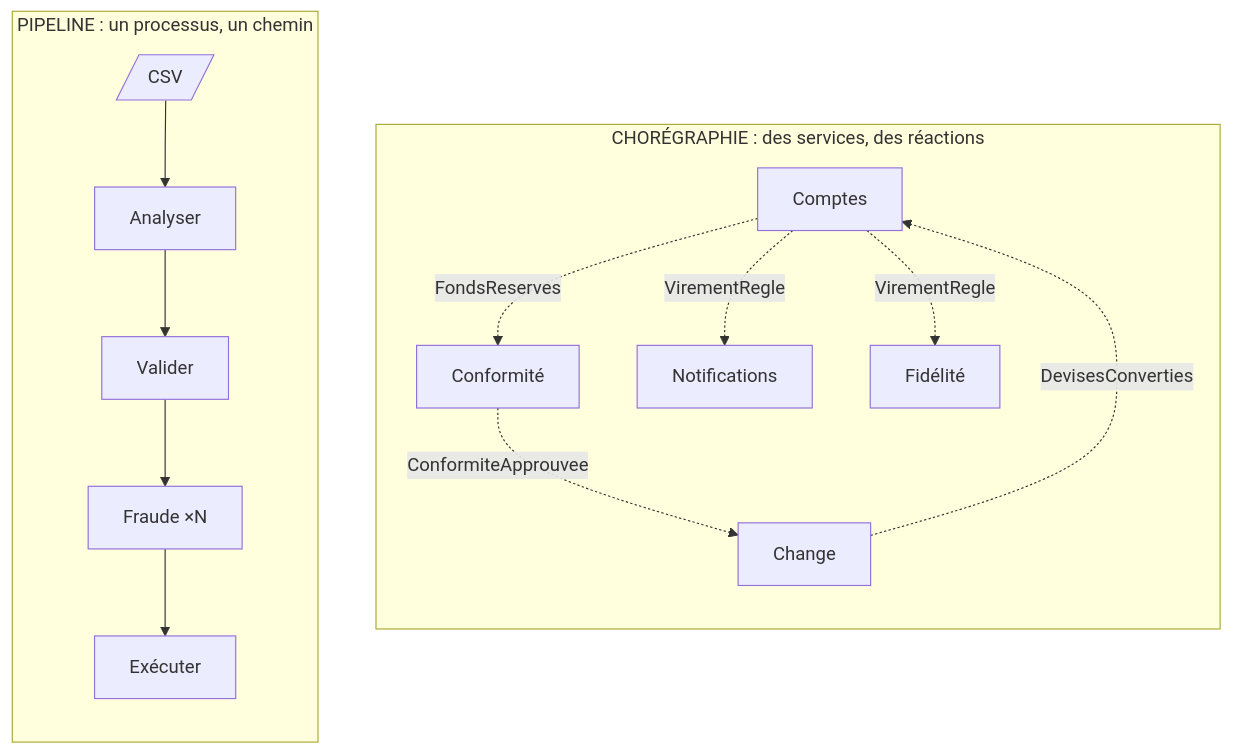
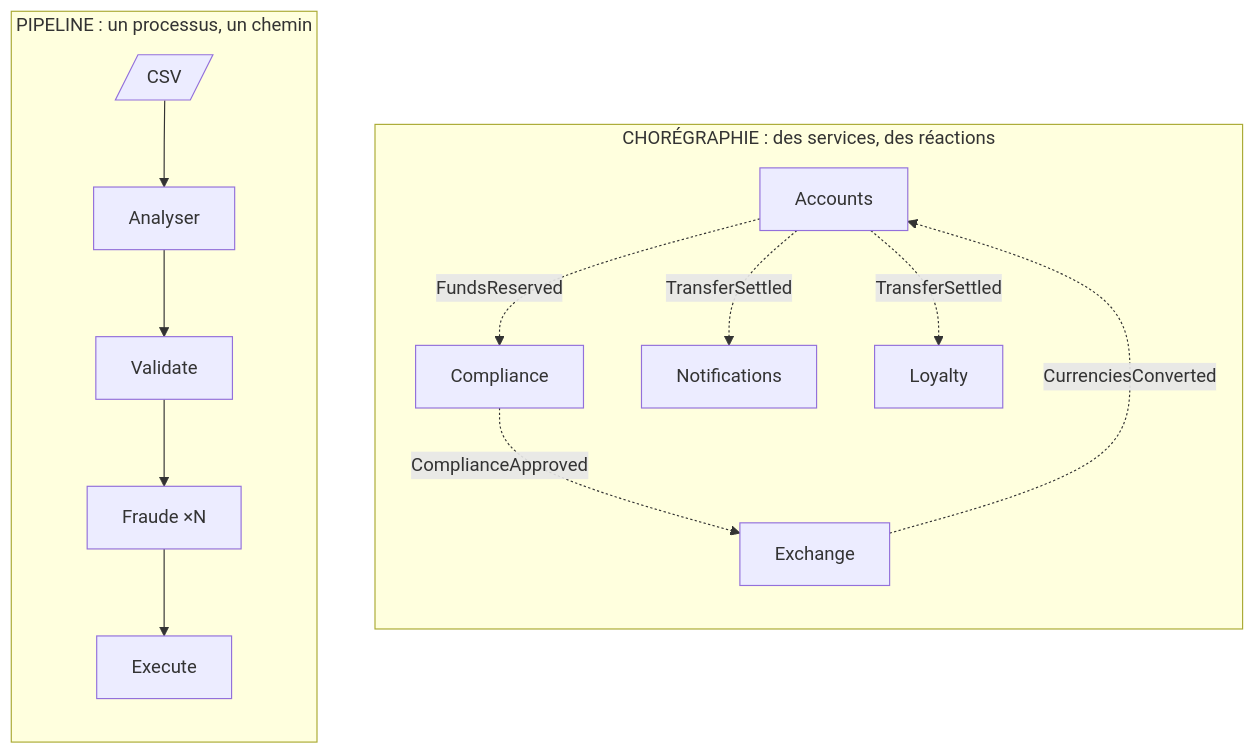
The diagram in Docs/differences/13-pipeline-vs-choregraphie.md (drangoht/ArchitecturesDemo), drawn with Mermaid before and after one commit. The commit also changed other lines of this file and 70 other files, not shown here.

Commit message:
Docs FR : identifiants, liens, diagrammes et sorties alignés sur le code anglais

````diff
--- a/Docs/differences/13-pipeline-vs-choregraphie.md
+++ b/Docs/differences/13-pipeline-vs-choregraphie.md
@@ -40,16 +40,16 @@
 ```mermaid
 flowchart LR
     subgraph P["PIPELINE : un processus, un chemin"]
         direction TB
-        F[/"CSV"/] --> A["Analyser"] --> V["Valider"] --> FR["Fraude ×N"] --> E["Exécuter"]
+        F[/"CSV"/] --> A["Analyser"] --> V["Validate"] --> FR["Fraude ×N"] --> E["Execute"]
     end
     subgraph C["CHORÉGRAPHIE : des services, des réactions"]
         direction TB
-        CO["Comptes"] -.->|"FondsReserves"| CF["Conformité"]
-        CF -.->|"ConformiteApprouvee"| CH["Change"]
-        CH -.->|"DevisesConverties"| CO
-        CO -.->|"VirementRegle"| NO["Notifications"]
-        CO -.->|"VirementRegle"| FI["Fidélité"]
+        CO["Accounts"] -.->|"FundsReserved"| CF["Compliance"]
+        CF -.->|"ComplianceApproved"| CH["Exchange"]
+        CH -.->|"CurrenciesConverted"| CO
+        CO -.->|"TransferSettled"| NO["Notifications"]
+        CO -.->|"TransferSettled"| FI["Loyalty"]
     end
     P ~~~ C
 ```
````
